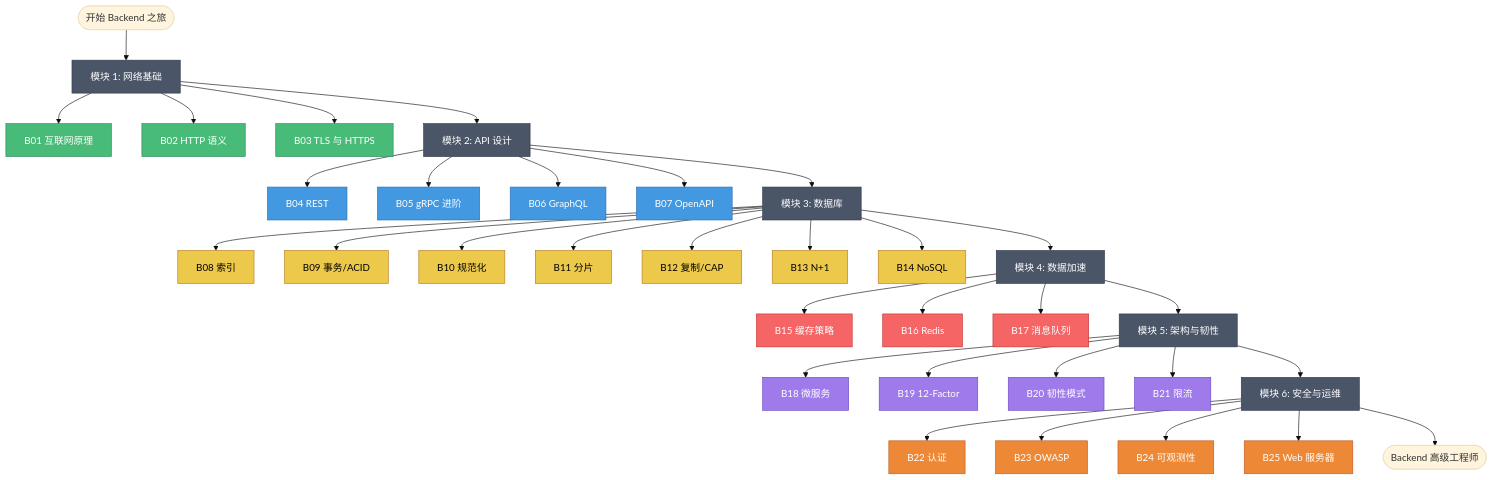
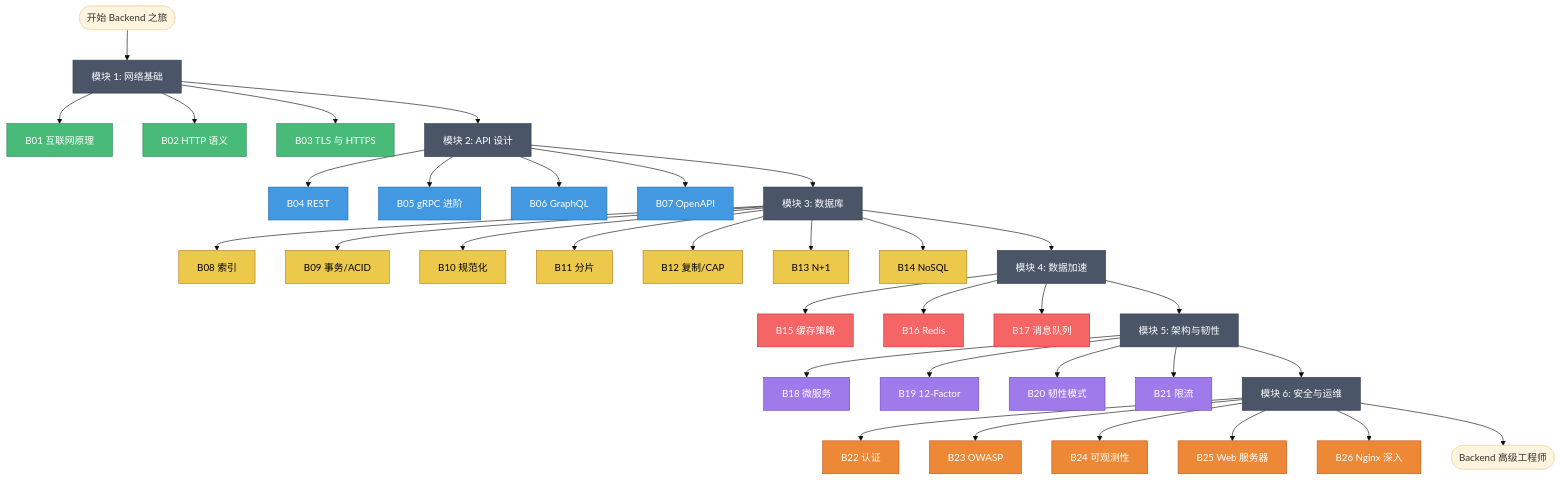
The first of 22 diagrams in backend/ROADMAP.md (Kirby980/backend-handbook), drawn with Mermaid (base theme) before and after one commit. The commit also changed other lines of this file and 9 other files, not shown here.

````diff
--- a/backend/ROADMAP.md
+++ b/backend/ROADMAP.md
@@ -11,58 +11,59 @@
 ```mermaid
 graph TD
     Start([开始 Backend 之旅]) --> M1[模块 1: 网络基础]
     
     M1 --> B01[B01 互联网原理]
     M1 --> B02[B02 HTTP 语义]
     M1 --> B03[B03 TLS 与 HTTPS]
     
     M1 --> M2[模块 2: API 设计]
     M2 --> B04[B04 REST]
     M2 --> B05[B05 gRPC 进阶]
     M2 --> B06[B06 GraphQL]
     M2 --> B07[B07 OpenAPI]
     
     M2 --> M3[模块 3: 数据库]
     M3 --> B08[B08 索引]
     M3 --> B09[B09 事务/ACID]
     M3 --> B10[B10 规范化]
     M3 --> B11[B11 分片]
     M3 --> B12[B12 复制/CAP]
     M3 --> B13[B13 N+1]
     M3 --> B14[B14 NoSQL]
     
     M3 --> M4[模块 4: 数据加速]
     M4 --> B15[B15 缓存策略]
     M4 --> B16[B16 Redis]
     M4 --> B17[B17 消息队列]
     
     M4 --> M5[模块 5: 架构与韧性]
     M5 --> B18[B18 微服务]
     M5 --> B19[B19 12-Factor]
     M5 --> B20[B20 韧性模式]
     M5 --> B21[B21 限流]
     
     M5 --> M6[模块 6: 安全与运维]
     M6 --> B22[B22 认证]
     M6 --> B23[B23 OWASP]
     M6 --> B24[B24 可观测性]
     M6 --> B25[B25 Web 服务器]
+    M6 --> B26[B26 Nginx 深入]
     
     M6 --> End([Backend 高级工程师])
     
     classDef module fill:#4a5568,stroke:#2d3748,color:#fff
     classDef net fill:#48bb78,stroke:#2f855a,color:#fff
     classDef api fill:#4299e1,stroke:#2b6cb0,color:#fff
     classDef db fill:#ecc94b,stroke:#b7791f,color:#000
     classDef accel fill:#f56565,stroke:#c53030,color:#fff
     classDef arch fill:#9f7aea,stroke:#6b46c1,color:#fff
     classDef ops fill:#ed8936,stroke:#c05621,color:#fff
     
     class M1,M2,M3,M4,M5,M6 module
     class B01,B02,B03 net
     class B04,B05,B06,B07 api
     class B08,B09,B10,B11,B12,B13,B14 db
     class B15,B16,B17 accel
     class B18,B19,B20,B21 arch
-    class B22,B23,B24,B25 ops
+    class B22,B23,B24,B25,B26 ops
 ```
````
